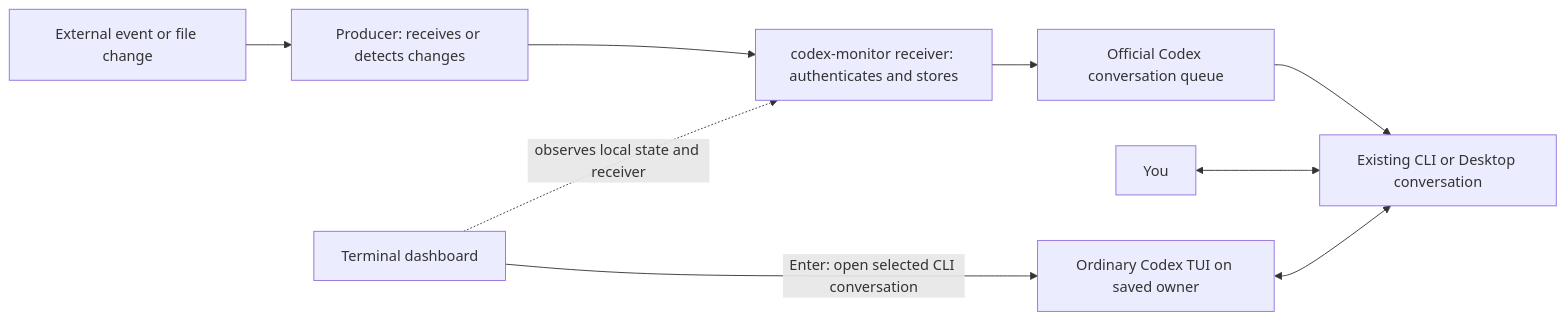
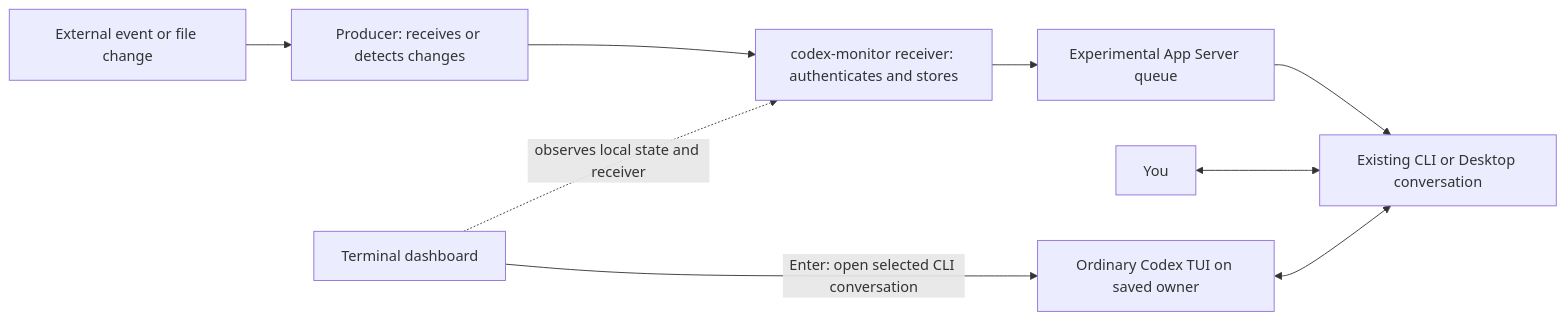
One commit to Jaemani/codex-monitor changed the diagram in README.md. Above: the diagram before and after it, drawn with Mermaid. The commit also changed other lines of this file and 9 other files, not shown here.

````diff
--- a/README.md
+++ b/README.md
@@ -21,11 +27,11 @@
 ```mermaid
 flowchart LR
     E[External event or file change] --> P[Producer: receives or detects changes]
     P --> R[codex-monitor receiver: authenticates and stores]
-    R --> Q[Official Codex conversation queue]
+    R --> Q[Experimental App Server queue]
     Q --> C[Existing CLI or Desktop conversation]
     U[You] <--> C
     D[Terminal dashboard] -. observes local state and receiver .-> R
     D -->|Enter: open selected CLI conversation| T[Ordinary Codex TUI on saved owner]
     T <--> C
 ```
````
